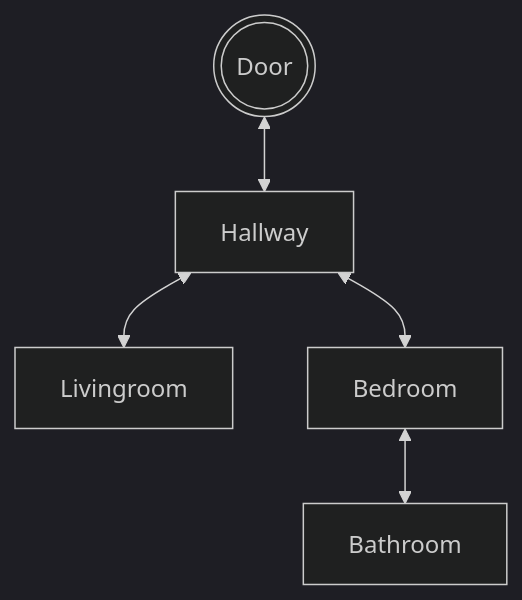
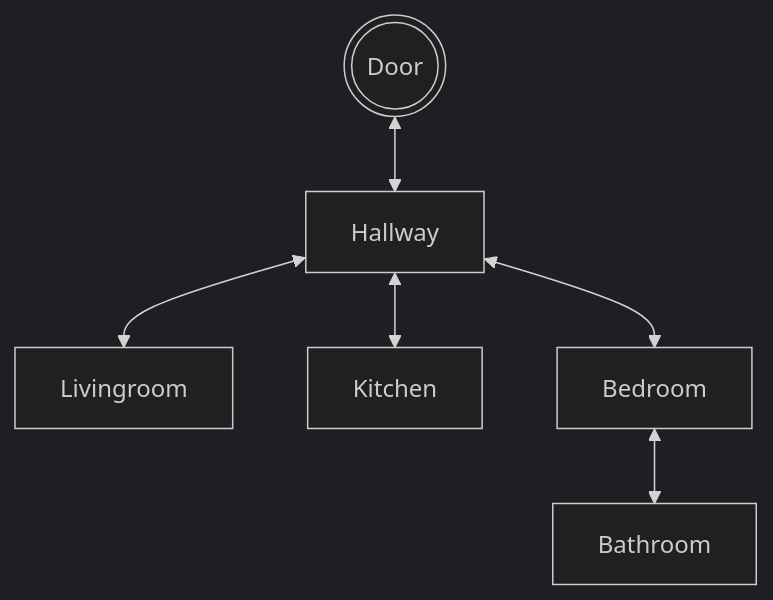
The diagram in projects/game/README.md (louislogerfo/louislogerfo.github.io), drawn with Mermaid (dark theme) before and after one commit. The commit also changed other lines of this file, not shown here.

````diff
--- a/projects/game/README.md
+++ b/projects/game/README.md
@@ -5,7 +5,8 @@
 ```mermaid
 graph TD;
     Door(((Door)))<-->Hallway;
     Hallway<-->Livingroom;
+    Hallway<-->Kitchen;
     Hallway<-->Bedroom;
     Bedroom<-->Bathroom; 
 ```
````
